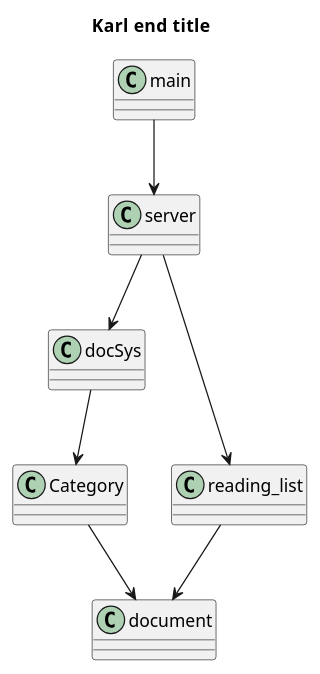
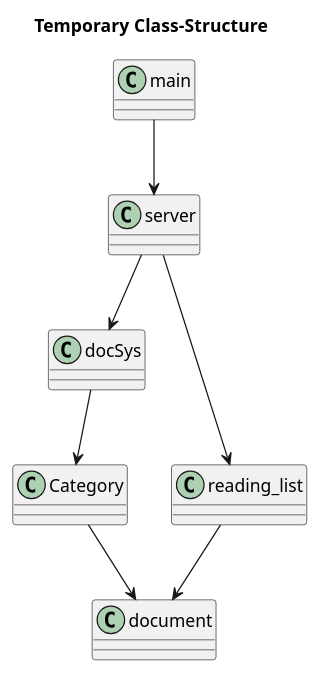
Before and after one commit to fgottong/documentsystem_rust: the diagram in documentation/Classes.puml, drawn with PlantUML. The commit also changed 2 other files, not shown here.

```diff
--- a/documentation/Classes.puml
+++ b/documentation/Classes.puml
@@ -1,23 +1,23 @@
 @startuml
-title Karl  end title
+title Temporary Class-Structure
 class main{}
 
 class document{} 
 
 class server{} 
 
 class docSys{}
 
 class Category{} 
 
 class reading_list{}
 
 main --> server 
 server --> docSys
 server --> reading_list
 docSys --> Category
 Category --> document  
 
 reading_list --> document
 
 @enduml
```
